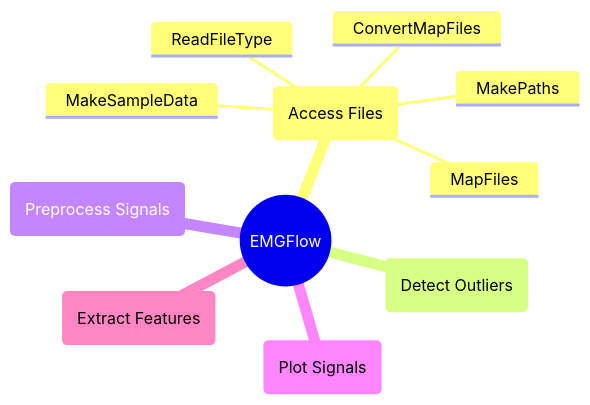
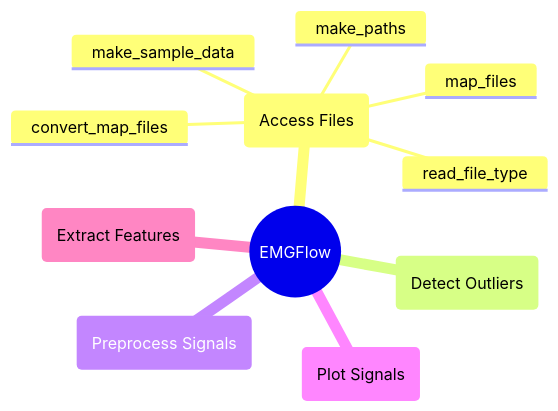
The diagram in docs/reference/access-files.md (WiIIson/EMGFlow-Python-Package), drawn with Mermaid before and after one commit. The commit also changed other lines of this file, not shown here.

````diff
--- a/docs/reference/access-files.md
+++ b/docs/reference/access-files.md
@@ -7,14 +7,14 @@
 ```mermaid
 mindmap
     root((EMGFlow))
         AF(Access Files)
-            MakePaths
-            MakeSampleData
-            ReadFileType
-            MapFiles
-            ConvertMapFiles
+            make_paths
+            make_sample_data
+            read_file_type
+            map_files
+            convert_map_files
         DO(Detect Outliers)
         PrS(Preprocess Signals)
         PlS(Plot Signals)
         EF(Extract Features)
 ```
````
